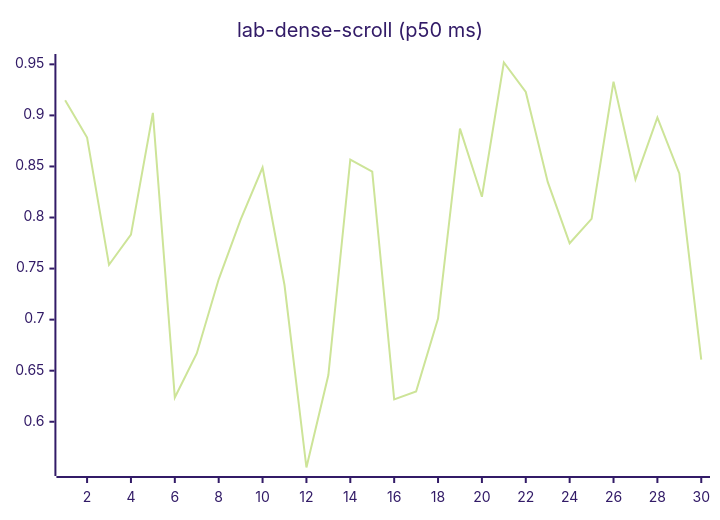
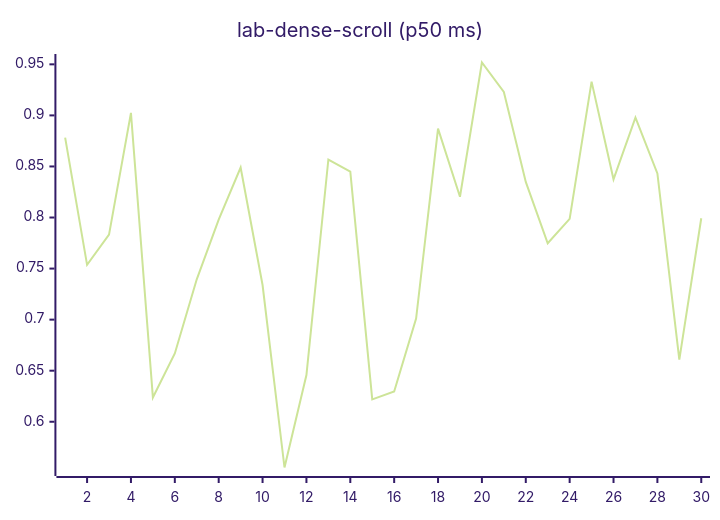
Before and after one commit to josha/Facet: diagram 12 of 27 in README.md, drawn with Mermaid (forest theme). The commit also changed other lines of this file and 2 other files, not shown here.

````diff
--- a/README.md
+++ b/README.md
@@ -140,6 +140,6 @@
 ```mermaid
 xychart-beta
     title "lab-dense-scroll (p50 ms)"
     x-axis 1 --> 30
-    line [0.9149, 0.8783, 0.7537, 0.7833, 0.9024, 0.6238, 0.6669, 0.7395, 0.7979, 0.8489, 0.7339, 0.5552, 0.6458, 0.8568, 0.8450, 0.6219, 0.6297, 0.7010, 0.8871, 0.8203, 0.9518, 0.9230, 0.8349, 0.7748, 0.7987, 0.9331, 0.8374, 0.8979, 0.8432, 0.6608]
+    line [0.8783, 0.7537, 0.7833, 0.9024, 0.6238, 0.6669, 0.7395, 0.7979, 0.8489, 0.7339, 0.5552, 0.6458, 0.8568, 0.8450, 0.6219, 0.6297, 0.7010, 0.8871, 0.8203, 0.9518, 0.9230, 0.8349, 0.7748, 0.7987, 0.9331, 0.8374, 0.8979, 0.8432, 0.6608, 0.7993]
 ```
````
